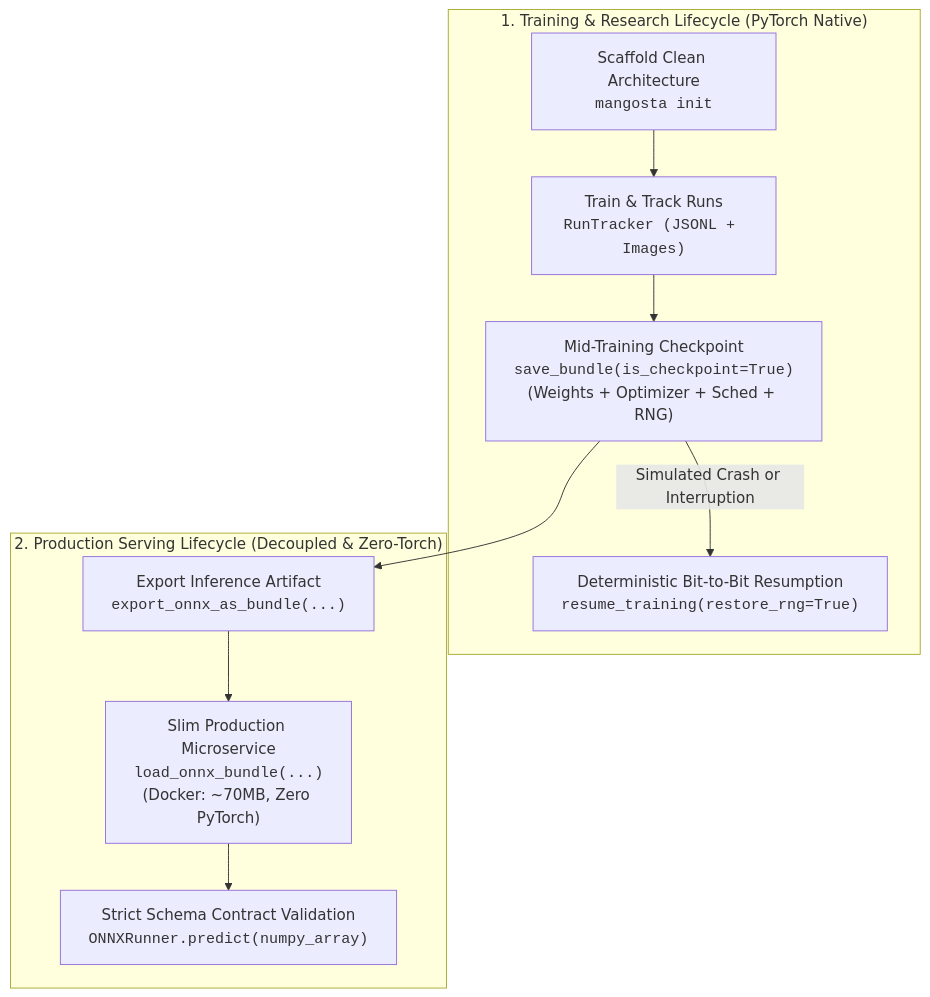
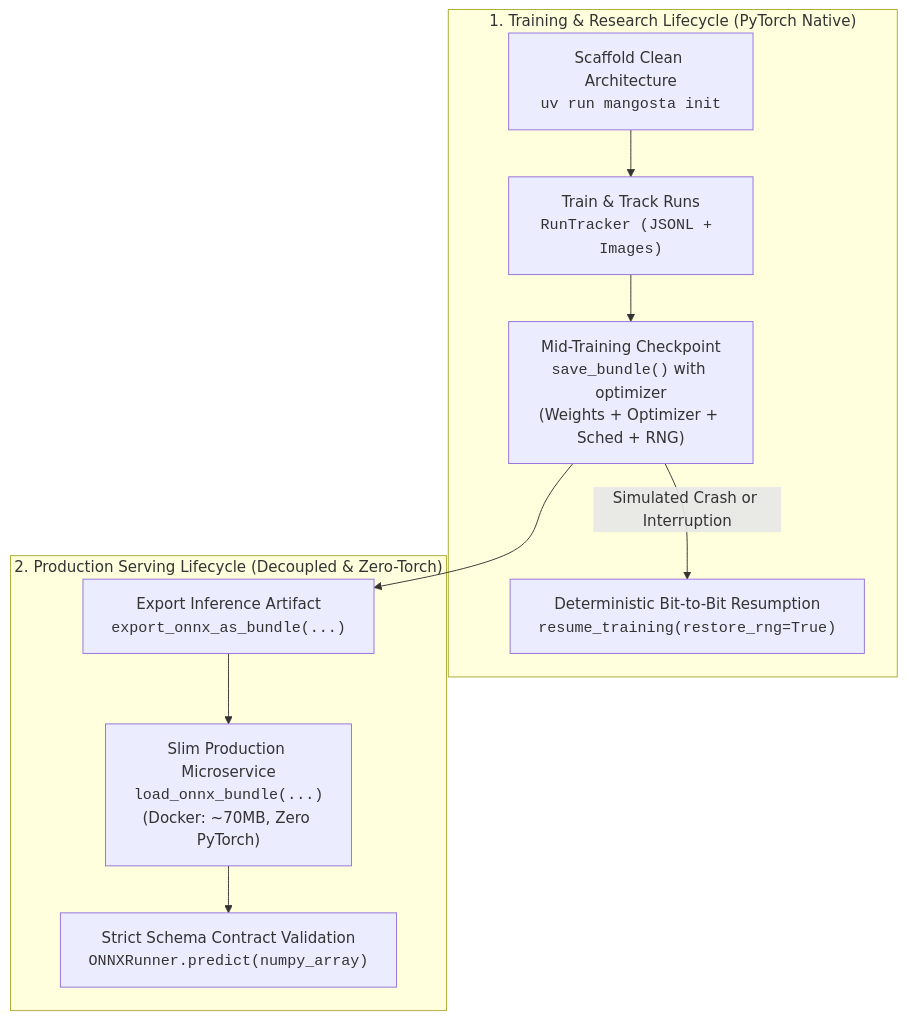
One commit to yeriel/mangosta changed the diagram in skills/mangosta/SKILL.md. Above: the diagram before and after it, drawn with Mermaid. The commit also changed other lines of this file and 2 other files, not shown here.

````diff
--- a/skills/mangosta/SKILL.md
+++ b/skills/mangosta/SKILL.md
@@ -40,14 +40,14 @@
 ```mermaid
 flowchart TD
     subgraph TrainingPhase["1. Training & Research Lifecycle (PyTorch Native)"]
-        A["Scaffold Clean Architecture<br/><code>mangosta init</code>"] --> B["Train & Track Runs<br/><code>RunTracker (JSONL + Images)</code>"]
-        B --> C["Mid-Training Checkpoint<br/><code>save_bundle(is_checkpoint=True)</code><br/>(Weights + Optimizer + Sched + RNG)"]
+        A["Scaffold Clean Architecture<br/><code>uv run mangosta init</code>"] --> B["Train & Track Runs<br/><code>RunTracker (JSONL + Images)</code>"]
+        B --> C["Mid-Training Checkpoint<br/><code>save_bundle()</code> with optimizer<br/>(Weights + Optimizer + Sched + RNG)"]
         C -->|Simulated Crash or Interruption| D["Deterministic Bit-to-Bit Resumption<br/><code>resume_training(restore_rng=True)</code>"]
     end
 
     subgraph ProductionPhase["2. Production Serving Lifecycle (Decoupled & Zero-Torch)"]
         C --> E["Export Inference Artifact<br/><code>export_onnx_as_bundle(...)</code>"]
         E --> F["Slim Production Microservice<br/><code>load_onnx_bundle(...)</code><br/>(Docker: ~70MB, Zero PyTorch)"]
         F --> G["Strict Schema Contract Validation<br/><code>ONNXRunner.predict(numpy_array)</code>"]
     end
 ```
````
